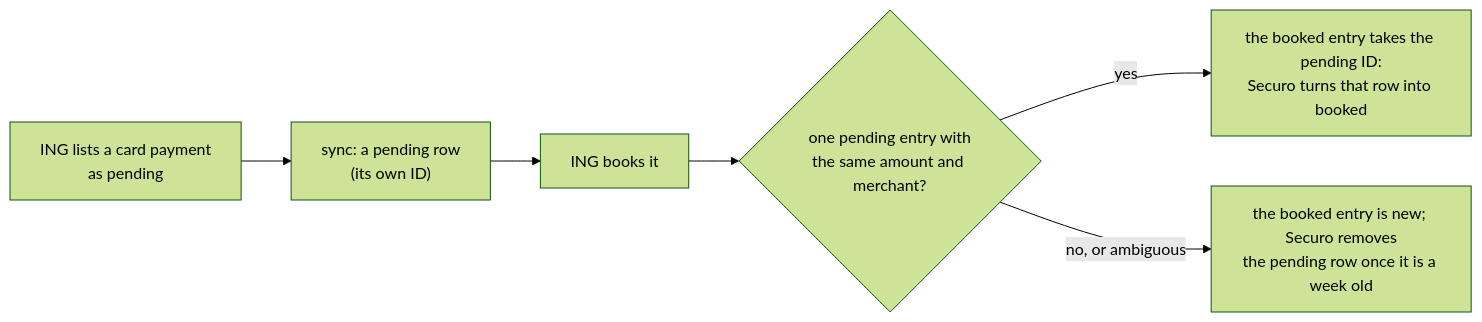
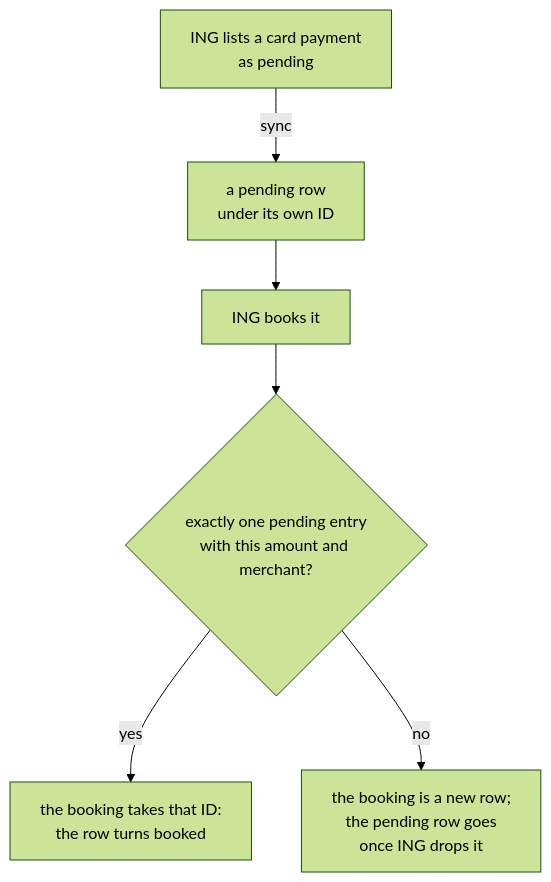
Before and after one commit to Marceltov/securo-ing-fints: the diagram in README.md, drawn with Mermaid (forest theme). The commit also changed other lines of this file and 1 other file, not shown here.

First line of the commit message:
docs: README current with Securo releases; pending diagram top-down; absolute links

````diff
--- a/README.md
+++ b/README.md
@@ -47,8 +47,8 @@
 ```mermaid
-flowchart LR
-  P["ING lists a card payment<br/>as pending"] --> S1["sync: a pending row<br/>(its own ID)"]
-  S1 --> B["ING books it"]
-  B --> M{"one pending entry with<br/>the same amount and merchant?"}
-  M -- yes --> K["the booked entry takes the pending ID:<br/>Securo turns that row into booked"]
-  M -- "no, or ambiguous" --> E["the booked entry is new; Securo removes<br/>the pending row once it is a week old"]
+flowchart TD
+  P["ING lists a card payment<br/>as pending"] -->|sync| R["a pending row<br/>under its own ID"]
+  R --> B["ING books it"]
+  B --> Q{"exactly one pending entry<br/>with this amount and merchant?"}
+  Q -->|yes| K["the booking takes that ID:<br/>the row turns booked"]
+  Q -->|no| N["the booking is a new row;<br/>the pending row goes<br/>once ING drops it"]
 ```
````
